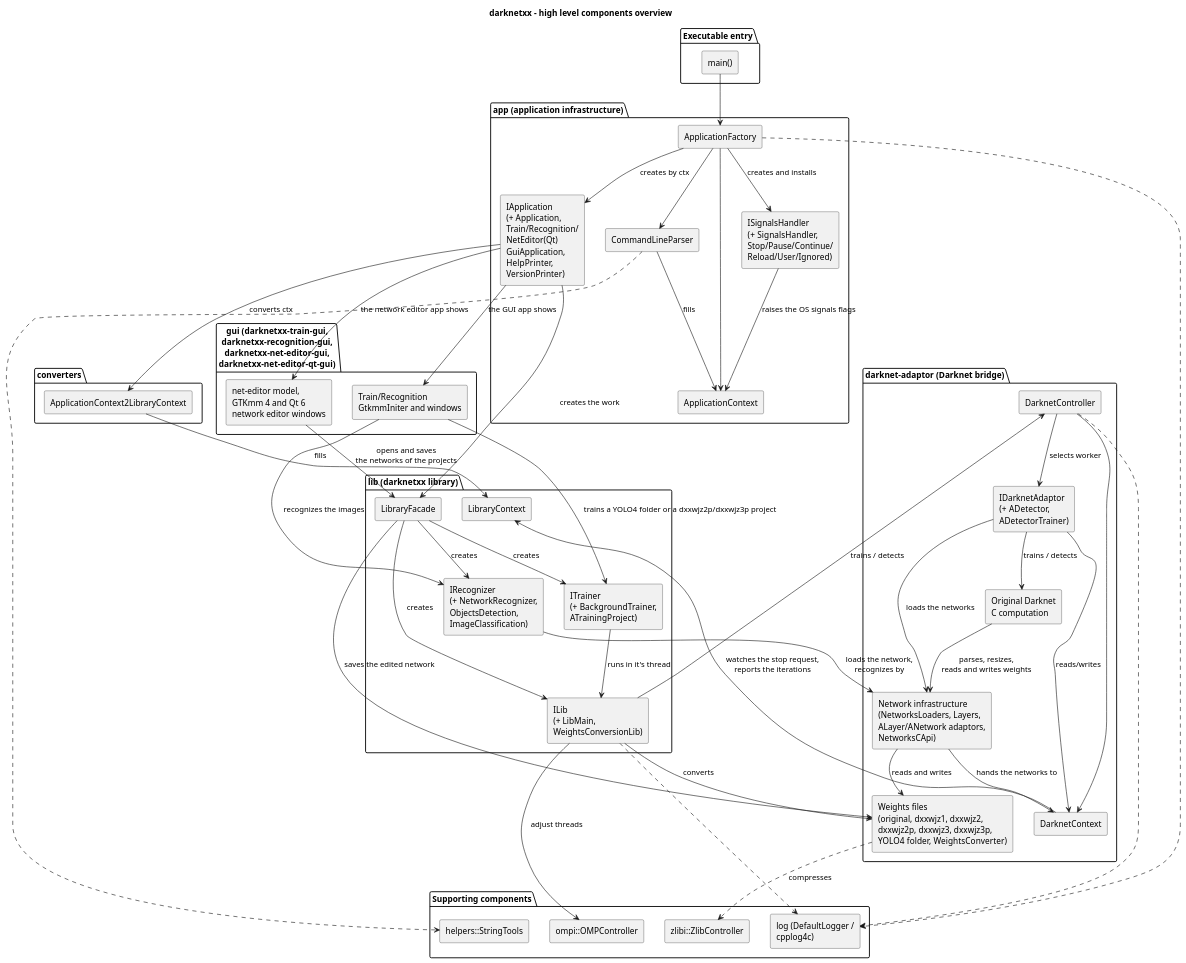
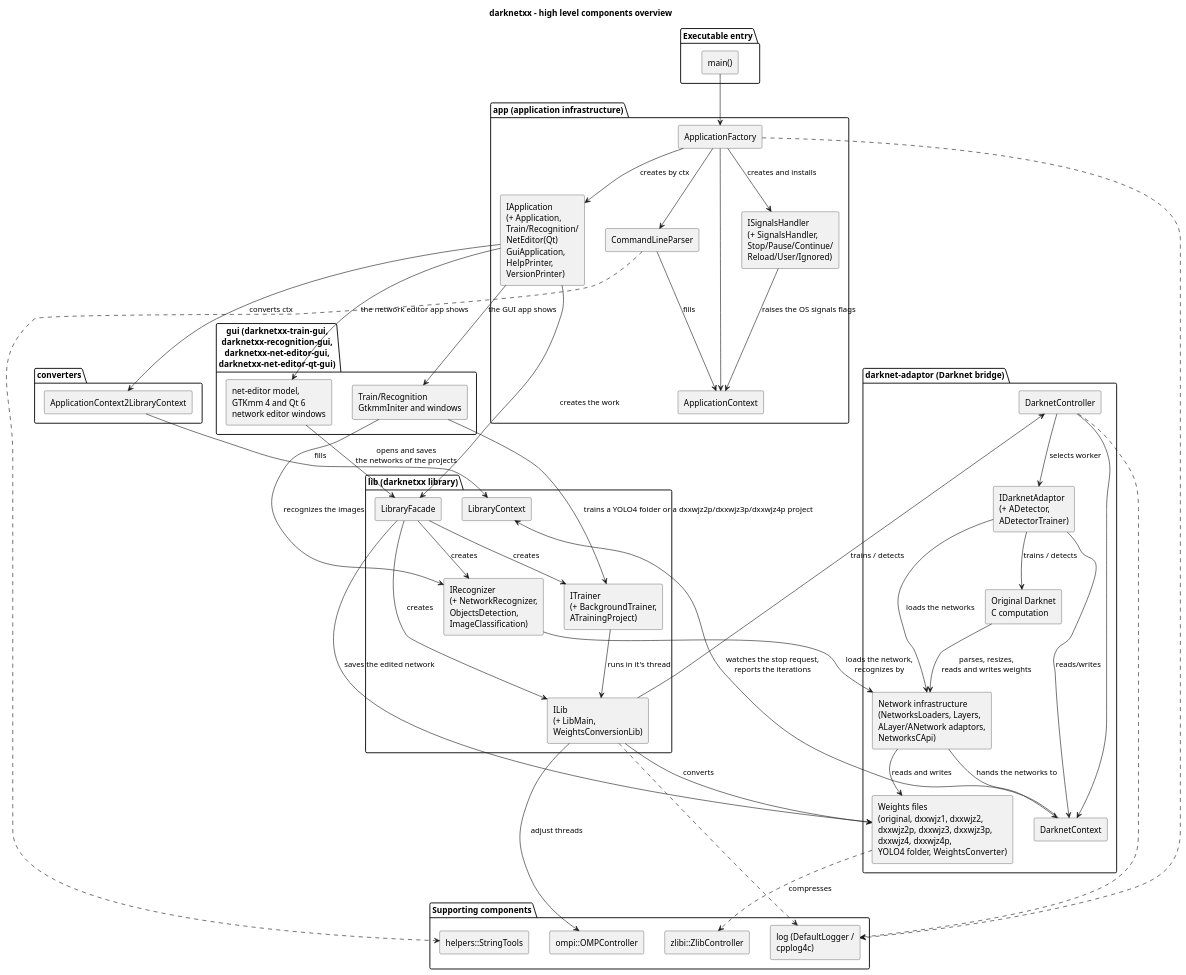
One commit to yuriysydor1991/darknetxx changed the diagram in doc/diagrams/components-overview.puml. Above: the diagram before and after it, drawn with PlantUML. The commit also changed 26 other files, not shown here.

```diff
--- a/doc/diagrams/components-overview.puml
+++ b/doc/diagrams/components-overview.puml
@@ -1,91 +1,91 @@
 @startuml components-overview
 title darknetxx - high level components overview
 
 skinparam componentStyle rectangle
 skinparam shadowing false
 
 package "Executable entry" {
   [main()] as main
 }
 
 package "app (application infrastructure)" {
   [ApplicationFactory] as factory
   [CommandLineParser] as parser
   [ApplicationContext] as ctx
   [IApplication\n(+ Application,\nTrain/Recognition/\nNetEditor(Qt)\nGuiApplication,\nHelpPrinter,\nVersionPrinter)] as iapp
   [ISignalsHandler\n(+ SignalsHandler,\nStop/Pause/Continue/\nReload/User/Ignored)] as signals
 }
 
 package "converters" {
   [ApplicationContext2LibraryContext] as conv
 }
 
 package "gui (darknetxx-train-gui,\ndarknetxx-recognition-gui,\ndarknetxx-net-editor-gui,\ndarknetxx-net-editor-qt-gui)" {
   [Train/Recognition\nGtkmmIniter and windows] as gui
   [net-editor model,\nGTKmm 4 and Qt 6\nnetwork editor windows] as editor
 }
 
 package "lib (darknetxx library)" {
   [LibraryFacade] as facade
   [LibraryContext] as lctx
   [ILib\n(+ LibMain,\nWeightsConversionLib)] as ilib
   [ITrainer\n(+ BackgroundTrainer,\nATrainingProject)] as trainer
   [IRecognizer\n(+ NetworkRecognizer,\nObjectsDetection,\nImageClassification)] as recognizer
 }
 
 package "darknet-adaptor (Darknet bridge)" {
   [DarknetController] as dctrl
   [DarknetContext] as dctx
   [IDarknetAdaptor\n(+ ADetector,\nADetectorTrainer)] as adaptor
   [Network infrastructure\n(NetworksLoaders, Layers,\nALayer/ANetwork adaptors,\nNetworksCApi)] as netinfra
-  [Weights files\n(original, dxxwjz1, dxxwjz2,\ndxxwjz2p, dxxwjz3, dxxwjz3p,\nYOLO4 folder, WeightsConverter)] as weights
+  [Weights files\n(original, dxxwjz1, dxxwjz2,\ndxxwjz2p, dxxwjz3, dxxwjz3p,\ndxxwjz4, dxxwjz4p,\nYOLO4 folder, WeightsConverter)] as weights
   [Original Darknet\nC computation] as darknetc
 }
 
 package "Supporting components" {
   [ompi::OMPController] as omp
   [log (DefaultLogger /\ncpplog4c)] as log
   [helpers::StringTools] as helpers
   [zlibi::ZlibController] as zlib
 }
 
 main --> factory
 factory --> parser
 factory --> ctx
 factory --> iapp : creates by ctx
 factory --> signals : creates and installs
 signals --> ctx : raises the OS signals flags
 parser --> ctx : fills
 iapp --> conv : converts ctx
 conv --> lctx : fills
 iapp --> facade : creates the work
 iapp --> gui : the GUI app shows
-gui --> trainer : trains a YOLO4 folder or a dxxwjz2p/dxxwjz3p project
+gui --> trainer : trains a YOLO4 folder or a dxxwjz2p/dxxwjz3p/dxxwjz4p project
 gui --> recognizer : recognizes the images
 iapp --> editor : the network editor app shows
 editor --> facade : opens and saves\nthe networks of the projects
 facade --> weights : saves the edited network
 facade --> ilib : creates
 facade --> trainer : creates
 facade --> recognizer : creates
 recognizer --> netinfra : loads the network,\nrecognizes by
 trainer --> ilib : runs in it's thread
 ilib --> omp : adjust threads
 ilib --> dctrl : trains / detects
 ilib --> weights : converts
 dctrl --> dctx
 dctx --> lctx : watches the stop request,\nreports the iterations
 dctrl --> adaptor : selects worker
 adaptor --> dctx : reads/writes
 adaptor --> netinfra : loads the networks
 netinfra --> dctx : hands the networks to
 adaptor --> darknetc : trains / detects
 darknetc --> netinfra : parses, resizes,\nreads and writes weights
 netinfra --> weights : reads and writes
 weights ..> zlib : compresses
 factory ..> log
 ilib ..> log
 dctrl ..> log
 parser ..> helpers
 
 @enduml
```
